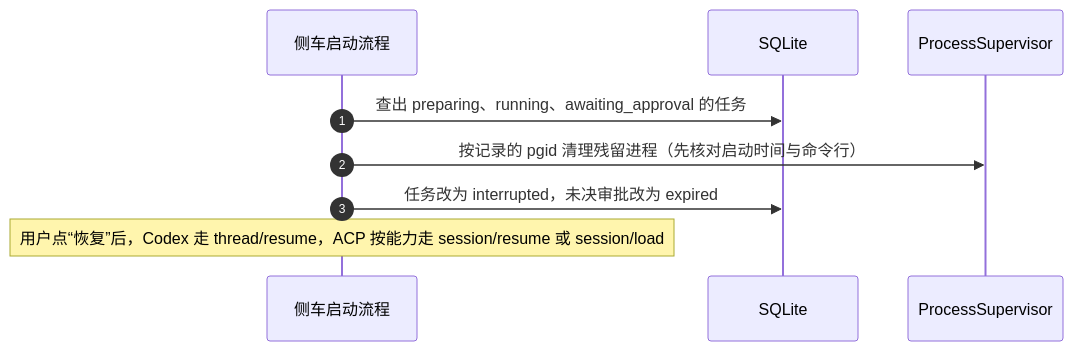
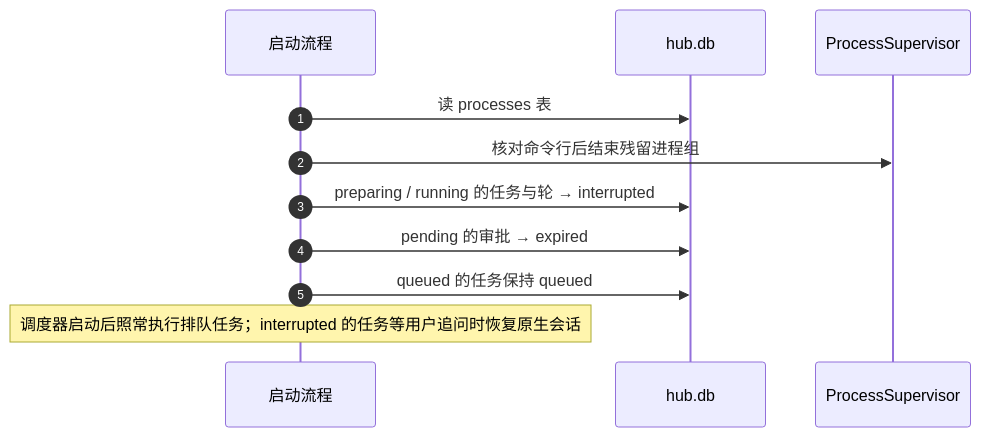
The fifth of 5 diagrams in apps/agent-hub/docs/architecture.md (xv-jiaqi/multi-apps), drawn with Mermaid before and after one commit. The commit also changed other lines of this file and 3 other files, not shown here.

Commit message:
docs(docs): rewrite agent-hub README, architecture and decisions for tauri + node:sqlite

````diff
--- a/apps/agent-hub/docs/architecture.md
+++ b/apps/agent-hub/docs/architecture.md
@@ -288,11 +564,13 @@
 ```mermaid
 sequenceDiagram
   autonumber
-  participant S as 侧车启动流程
-  participant DB as SQLite
+  participant S as 启动流程
+  participant DB as hub.db
   participant P as ProcessSupervisor
-  S->>DB: 查出 preparing、running、awaiting_approval 的任务
-  S->>P: 按记录的 pgid 清理残留进程（先核对启动时间与命令行）
-  S->>DB: 任务改为 interrupted，未决审批改为 expired
-  Note over S: 用户点“恢复”后，Codex 走 thread/resume，ACP 按能力走 session/resume 或 session/load
+  S->>DB: 读 processes 表
+  S->>P: 核对命令行后结束残留进程组
+  S->>DB: preparing / running 的任务与轮 → interrupted
+  S->>DB: pending 的审批 → expired
+  S->>DB: queued 的任务保持 queued
+  Note over S: 调度器启动后照常执行排队任务；interrupted 的任务等用户追问时恢复原生会话
 ```
````
